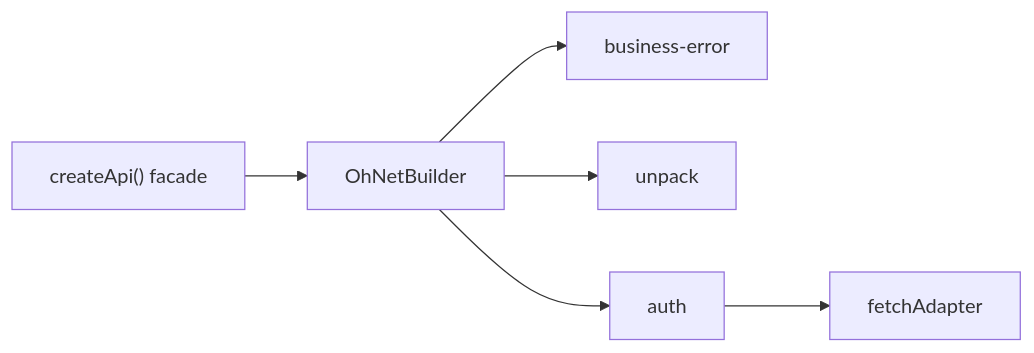
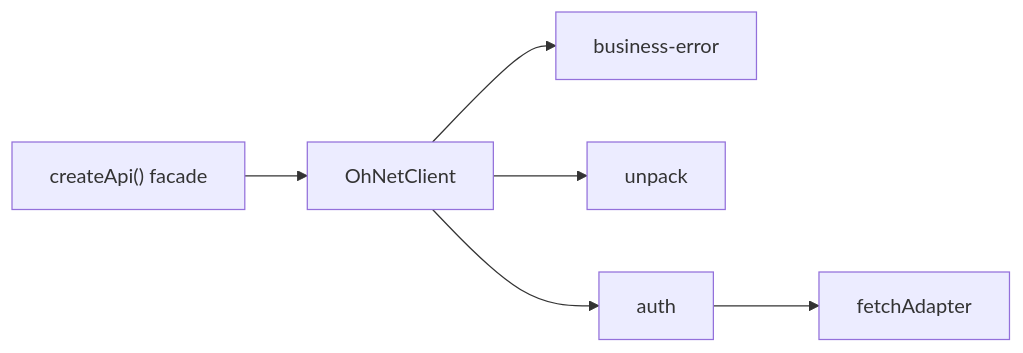
One commit to xtwis/ohnet changed the diagram in docs/en/example/business-client.md. Above: the diagram before and after it, drawn with Mermaid. The commit also changed other lines of this file and 45 other files, not shown here.

````diff
--- a/docs/en/example/business-client.md
+++ b/docs/en/example/business-client.md
@@ -27,8 +27,8 @@
 ```mermaid
 flowchart LR
-    Facade["createApi() facade"] --> Builder["OhNetBuilder"]
-    Builder --> BE["business-error"]
-    Builder --> UP["unpack"]
-    Builder --> AU["auth"]
+    Facade["createApi() facade"] --> Client["OhNetClient"]
+    Client --> BE["business-error"]
+    Client --> UP["unpack"]
+    Client --> AU["auth"]
     AU --> Adapter["fetchAdapter"]
 ```
````
